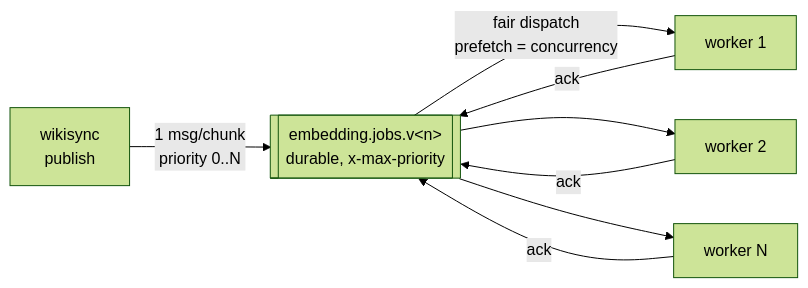
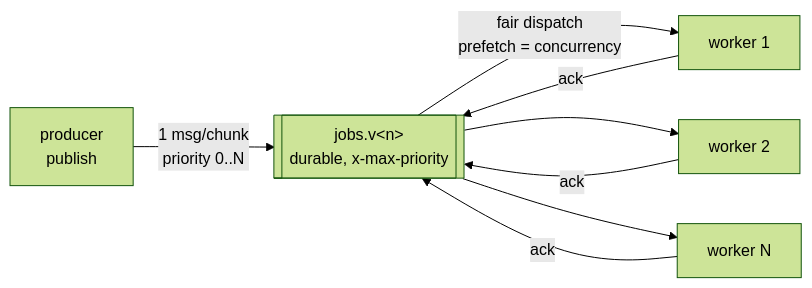
One commit to verovec/truth-in-stream changed the fifth of 7 diagrams in docs/ingestion-pipeline.md. Above: the diagram before and after it, drawn with Mermaid (forest theme). The commit also changed other lines of this file, not shown here.

````diff
--- a/docs/ingestion-pipeline.md
+++ b/docs/ingestion-pipeline.md
@@ -193,8 +261,8 @@
 ```mermaid
 flowchart LR
-    P["wikisync<br/>publish"] -->|"1 msg/chunk<br/>priority 0..N"| Q[["embedding.jobs.v&lt;n&gt;<br/>durable, x-max-priority"]]
+    P["producer<br/>publish"] -->|"1 msg/chunk<br/>priority 0..N"| Q[["jobs.v&lt;n&gt;<br/>durable, x-max-priority"]]
     Q -->|"fair dispatch<br/>prefetch = concurrency"| W1["worker 1"]
     Q --> W2["worker 2"]
     Q --> W3["worker N"]
     W1 & W2 & W3 -->|ack| Q
 ```
````
